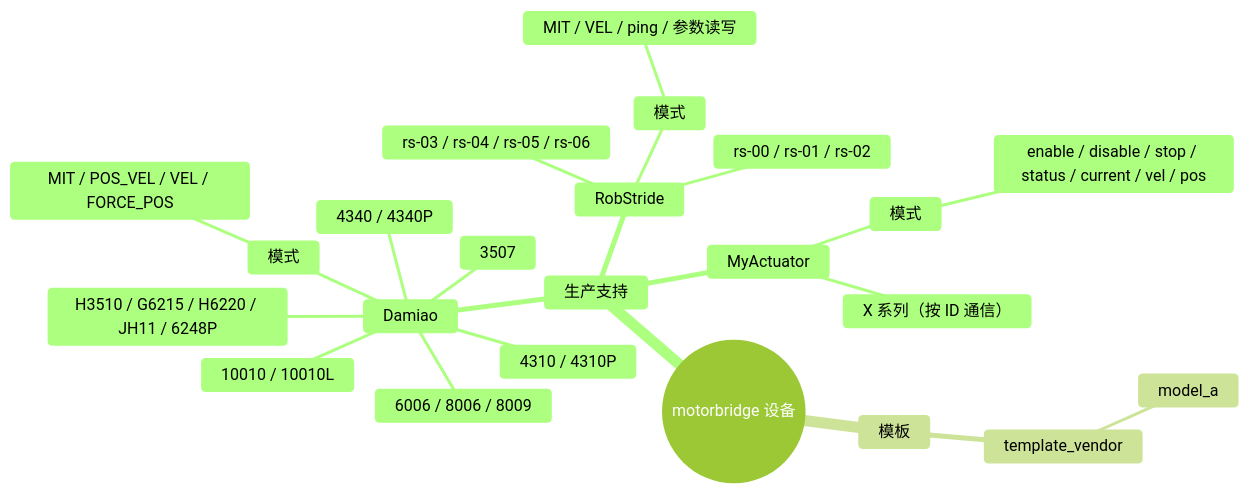
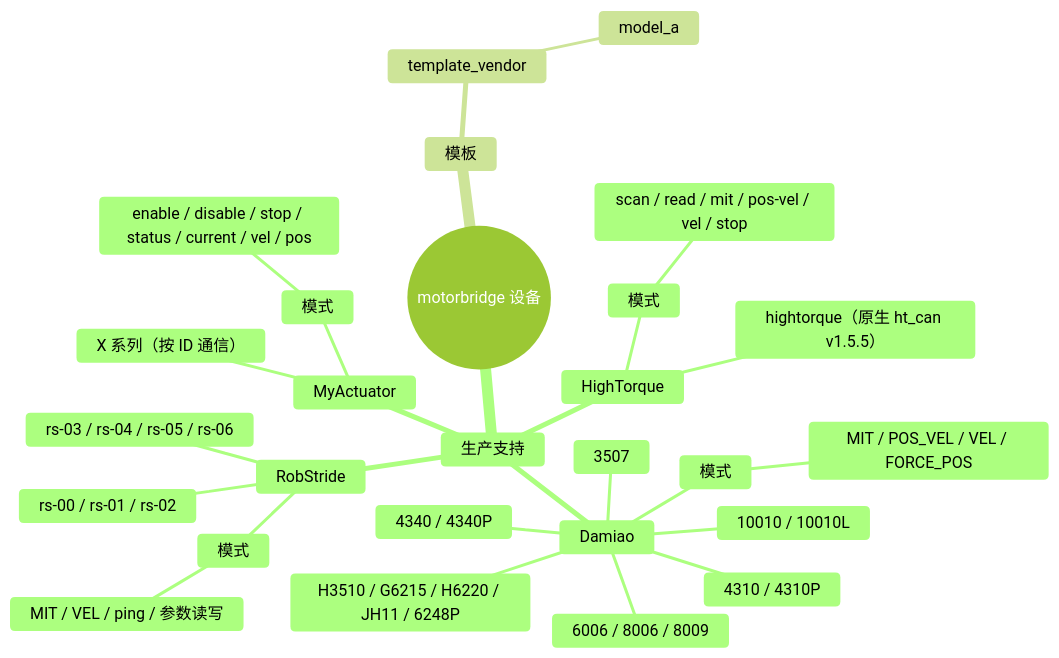
One commit to tianrking/motorbridge changed the diagram in docs/zh/devices.md. Above: the diagram before and after it, drawn with Mermaid (forest theme). The commit also changed other lines of this file and 6 other files, not shown here.

````diff
--- a/docs/zh/devices.md
+++ b/docs/zh/devices.md
@@ -5,26 +5,30 @@
 ```mermaid
 mindmap
   root((motorbridge 设备))
     生产支持
       Damiao
         3507
         4310 / 4310P
         4340 / 4340P
         6006 / 8006 / 8009
         10010 / 10010L
         H3510 / G6215 / H6220 / JH11 / 6248P
         模式
           MIT / POS_VEL / VEL / FORCE_POS
       RobStride
         rs-00 / rs-01 / rs-02
         rs-03 / rs-04 / rs-05 / rs-06
         模式
           MIT / VEL / ping / 参数读写
       MyActuator
         X 系列（按 ID 通信）
         模式
           enable / disable / stop / status / current / vel / pos
+      HighTorque
+        hightorque（原生 ht_can v1.5.5）
+        模式
+          scan / read / mit / pos-vel / vel / stop
     模板
       template_vendor
         model_a
 ```
````
